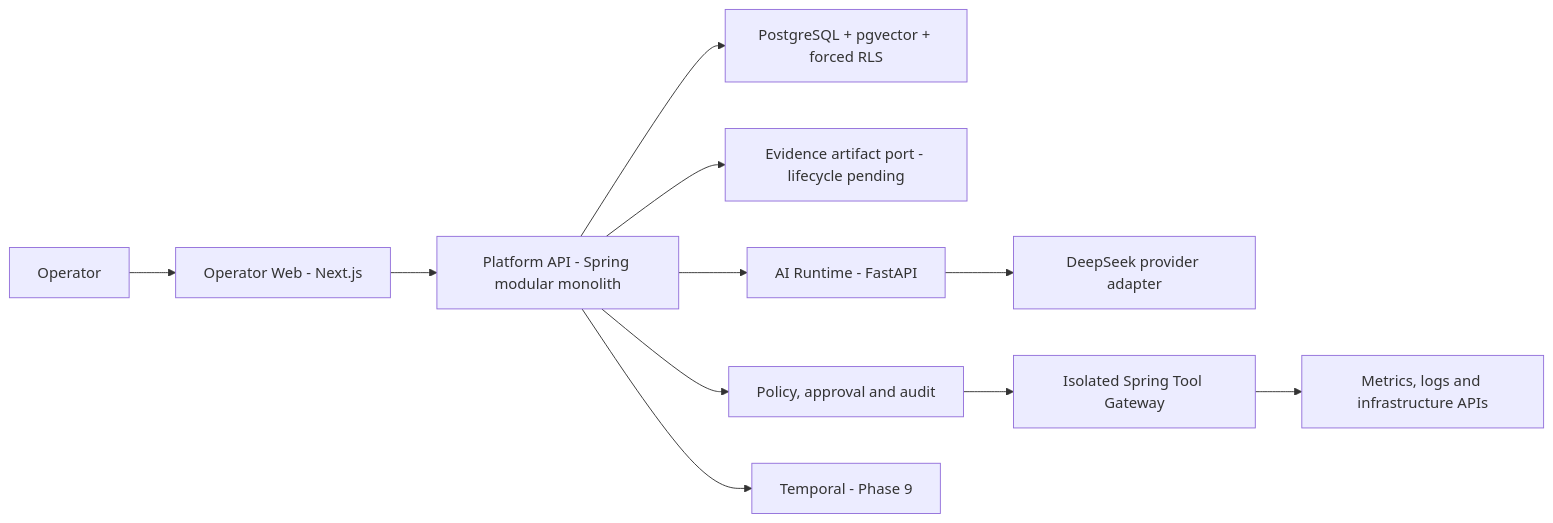
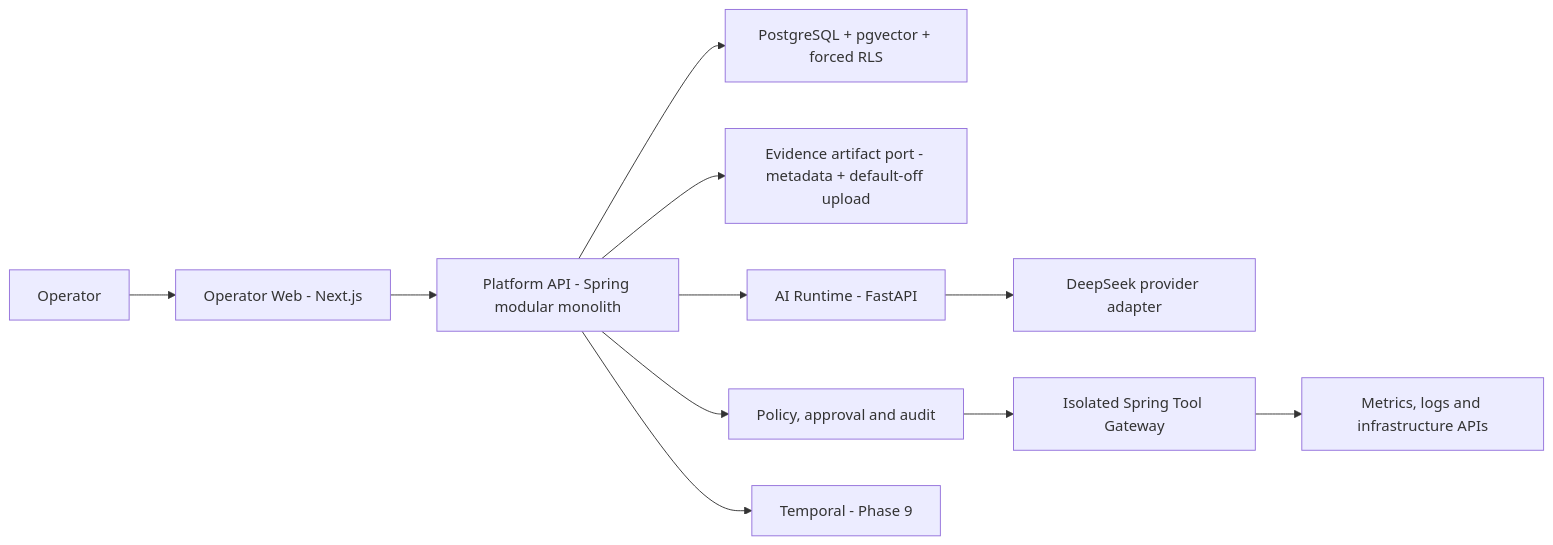
One commit to JasonTM17/OpsMind_AI changed the diagram in README.md. Above: the diagram before and after it, drawn with Mermaid. The commit also changed other lines of this file and 27 other files, not shown here.

Commit message:
fix(artifact): harden fenced object lifecycle

````diff
--- a/README.md
+++ b/README.md
@@ -101,13 +101,13 @@
 ```mermaid
 flowchart LR
     OP["Operator"] --> WEB["Operator Web - Next.js"]
     WEB --> API["Platform API - Spring modular monolith"]
     API --> DB["PostgreSQL + pgvector + forced RLS"]
-    API --> OBJ["Evidence artifact port - lifecycle pending"]
+    API --> OBJ["Evidence artifact port - metadata + default-off upload"]
     API --> AI["AI Runtime - FastAPI"]
     AI --> DSP["DeepSeek provider adapter"]
     API --> POL["Policy, approval and audit"]
     POL --> TG["Isolated Spring Tool Gateway"]
     TG --> OBS["Metrics, logs and infrastructure APIs"]
     API --> WF["Temporal - Phase 9"]
 ```
````
